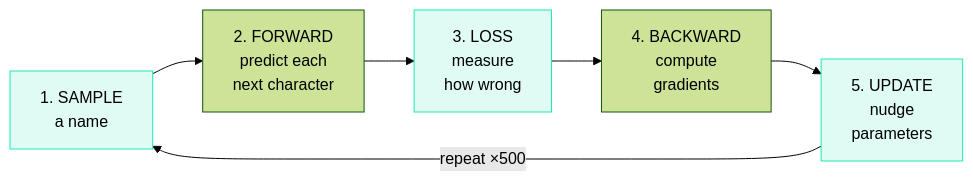
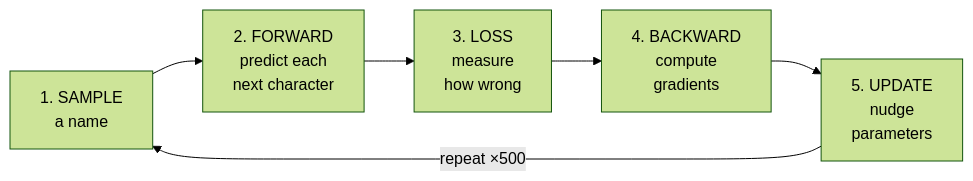
The diagram in docs/04-training/00-what-is-training.md (iamkhalid2/microgpt-course), drawn with Mermaid (forest theme) before and after one commit. The commit also changed 20 other files, not shown here.

Commit message:
Remove all inline Mermaid styles - let theme handle colors natively

````diff
--- a/docs/04-training/00-what-is-training.md
+++ b/docs/04-training/00-what-is-training.md
@@ -40,12 +40,8 @@
 ```mermaid
 flowchart LR
     S["1. SAMPLE<br>a name"] --> F["2. FORWARD<br>predict each<br>next character"]
     F --> L["3. LOSS<br>measure<br>how wrong"]
     L --> B["4. BACKWARD<br>compute<br>gradients"]
     B --> U["5. UPDATE<br>nudge<br>parameters"]
     U --> |"repeat ×500"| S
-
-    style S fill:#e0faf4,stroke:#1de9b6
-    style L fill:#e0faf4,stroke:#1de9b6
-    style U fill:#e0faf4,stroke:#1de9b6
 ```
````
